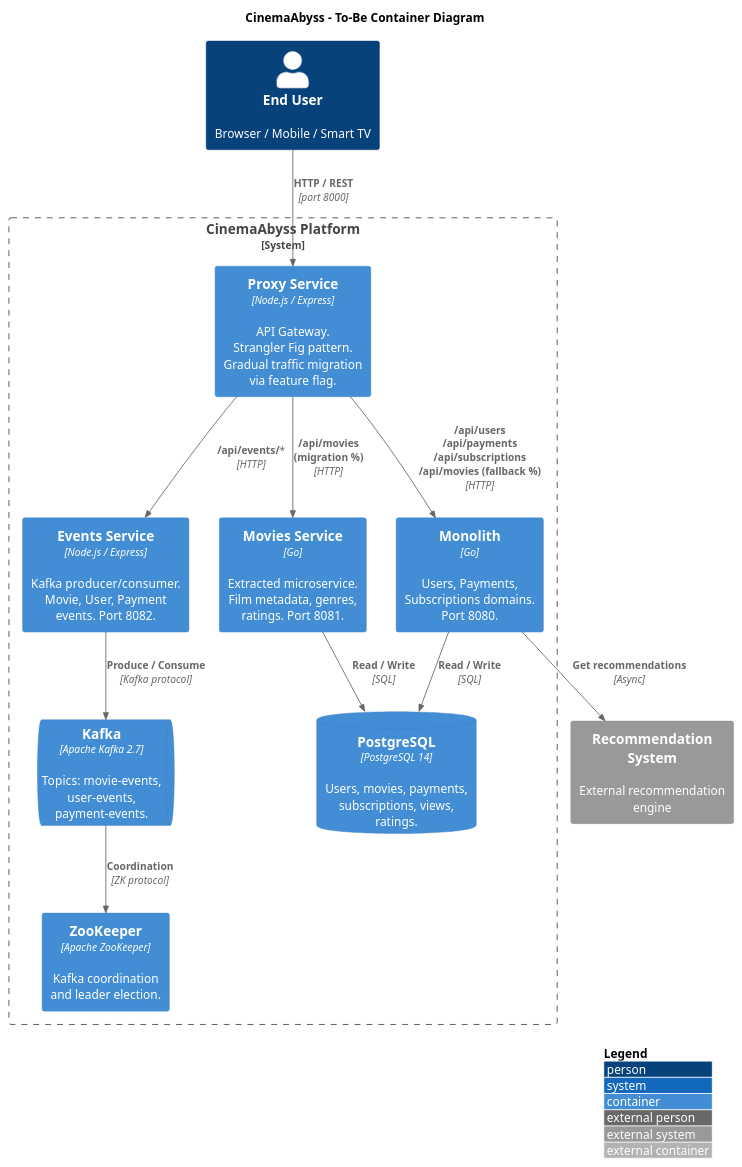
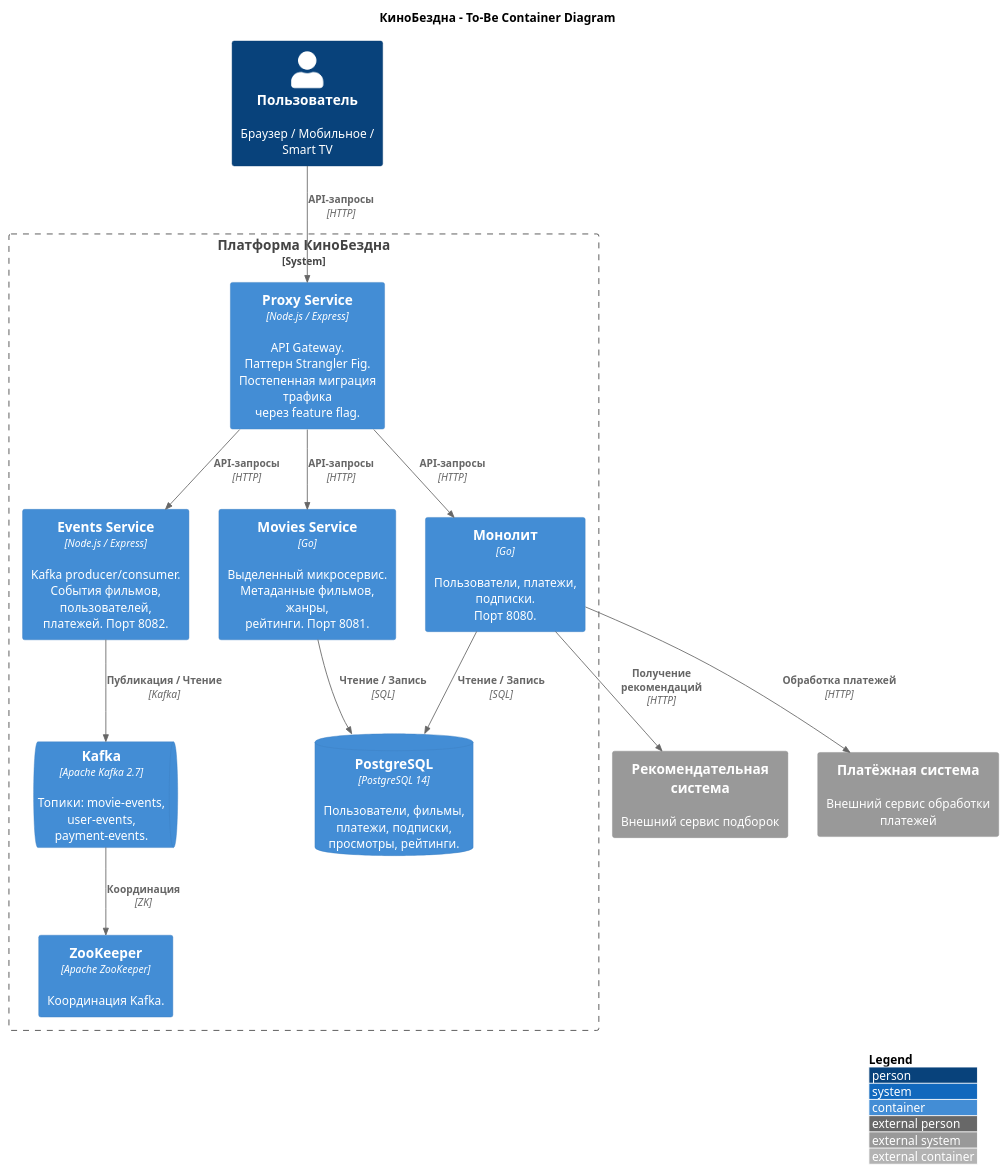
One commit to SiritosKon/architecture-cinemaabyss changed the diagram in docs/c4-container-diagram.puml. Above: the diagram before and after it, drawn with PlantUML. The commit also changed 2 other files, not shown here.

Commit message:
fix: update C4 diagram (Russian, payment system) and clean up Project_template

```diff
--- a/docs/c4-container-diagram.puml
+++ b/docs/c4-container-diagram.puml
@@ -1,42 +1,44 @@
 @startuml c4-container-diagram
 !include https://raw.githubusercontent.com/plantuml-stdlib/C4-PlantUML/master/C4_Container.puml
 
 LAYOUT_WITH_LEGEND()
 
-title CinemaAbyss - To-Be Container Diagram
+title КиноБездна - To-Be Container Diagram
 
-Person(user, "End User", "Browser / Mobile / Smart TV")
+Person(user, "Пользователь", "Браузер / Мобильное / Smart TV")
 
-System_Ext(recsys, "Recommendation System", "External recommendation engine")
+System_Ext(recsys, "Рекомендательная система", "Внешний сервис подборок")
+System_Ext(payment, "Платёжная система", "Внешний сервис обработки платежей")
 
-System_Boundary(platform, "CinemaAbyss Platform") {
+System_Boundary(platform, "Платформа КиноБездна") {
 
-    Container(proxy, "Proxy Service", "Node.js / Express", "API Gateway.\nStrangler Fig pattern.\nGradual traffic migration\nvia feature flag.")
+    Container(proxy, "Proxy Service", "Node.js / Express", "API Gateway.\nПаттерн Strangler Fig.\nПостепенная миграция трафика\nчерез feature flag.")
 
-    Container(monolith, "Monolith", "Go", "Users, Payments,\nSubscriptions domains.\nPort 8080.")
+    Container(monolith, "Монолит", "Go", "Пользователи, платежи,\nподписки.\nПорт 8080.")
 
-    Container(movies, "Movies Service", "Go", "Extracted microservice.\nFilm metadata, genres,\nratings. Port 8081.")
+    Container(movies, "Movies Service", "Go", "Выделенный микросервис.\nМетаданные фильмов, жанры,\nрейтинги. Порт 8081.")
 
-    Container(events, "Events Service", "Node.js / Express", "Kafka producer/consumer.\nMovie, User, Payment\nevents. Port 8082.")
+    Container(events, "Events Service", "Node.js / Express", "Kafka producer/consumer.\nСобытия фильмов, пользователей,\nплатежей. Порт 8082.")
 
-    ContainerDb(postgres, "PostgreSQL", "PostgreSQL 14", "Users, movies, payments,\nsubscriptions, views,\nratings.")
+    ContainerDb(postgres, "PostgreSQL", "PostgreSQL 14", "Пользователи, фильмы,\nплатежи, подписки,\nпросмотры, рейтинги.")
 
-    ContainerQueue(kafka, "Kafka", "Apache Kafka 2.7", "Topics: movie-events,\nuser-events,\npayment-events.")
+    ContainerQueue(kafka, "Kafka", "Apache Kafka 2.7", "Топики: movie-events,\nuser-events,\npayment-events.")
 
-    Container(zookeeper, "ZooKeeper", "Apache ZooKeeper", "Kafka coordination\nand leader election.")
+    Container(zookeeper, "ZooKeeper", "Apache ZooKeeper", "Координация Kafka.")
 }
 
-Rel(user, proxy, "HTTP / REST", "port 8000")
-Rel(proxy, monolith, "/api/users\n/api/payments\n/api/subscriptions\n/api/movies (fallback %)", "HTTP")
-Rel(proxy, movies, "/api/movies\n(migration %)", "HTTP")
-Rel(proxy, events, "/api/events/*", "HTTP")
+Rel(user, proxy, "API-запросы", "HTTP")
+Rel(proxy, monolith, "API-запросы", "HTTP")
+Rel(proxy, movies, "API-запросы", "HTTP")
+Rel(proxy, events, "API-запросы", "HTTP")
 
-Rel(monolith, postgres, "Read / Write", "SQL")
-Rel(movies, postgres, "Read / Write", "SQL")
+Rel(monolith, postgres, "Чтение / Запись", "SQL")
+Rel(movies, postgres, "Чтение / Запись", "SQL")
 
-Rel(events, kafka, "Produce / Consume", "Kafka protocol")
-Rel(kafka, zookeeper, "Coordination", "ZK protocol")
+Rel(events, kafka, "Публикация / Чтение", "Kafka")
+Rel(kafka, zookeeper, "Координация", "ZK")
 
-Rel(monolith, recsys, "Get recommendations", "Async")
+Rel(monolith, recsys, "Получение рекомендаций", "HTTP")
+Rel(monolith, payment, "Обработка платежей", "HTTP")
 
 @enduml
```
